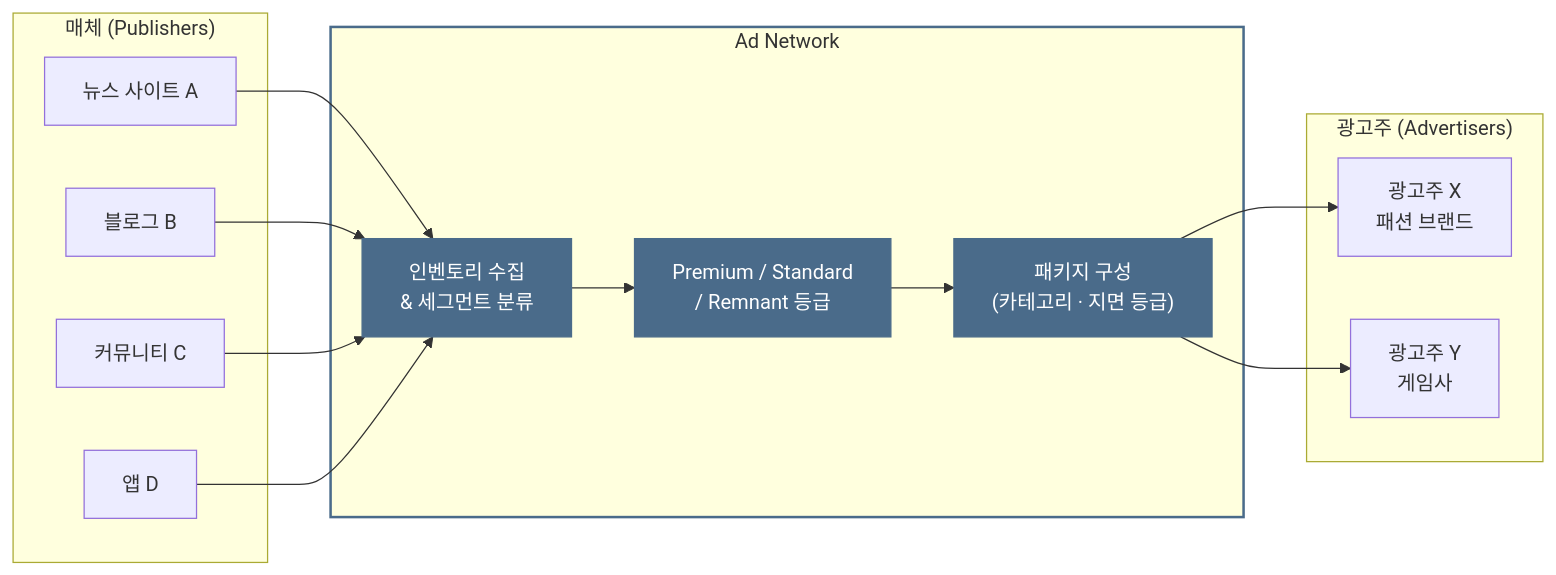
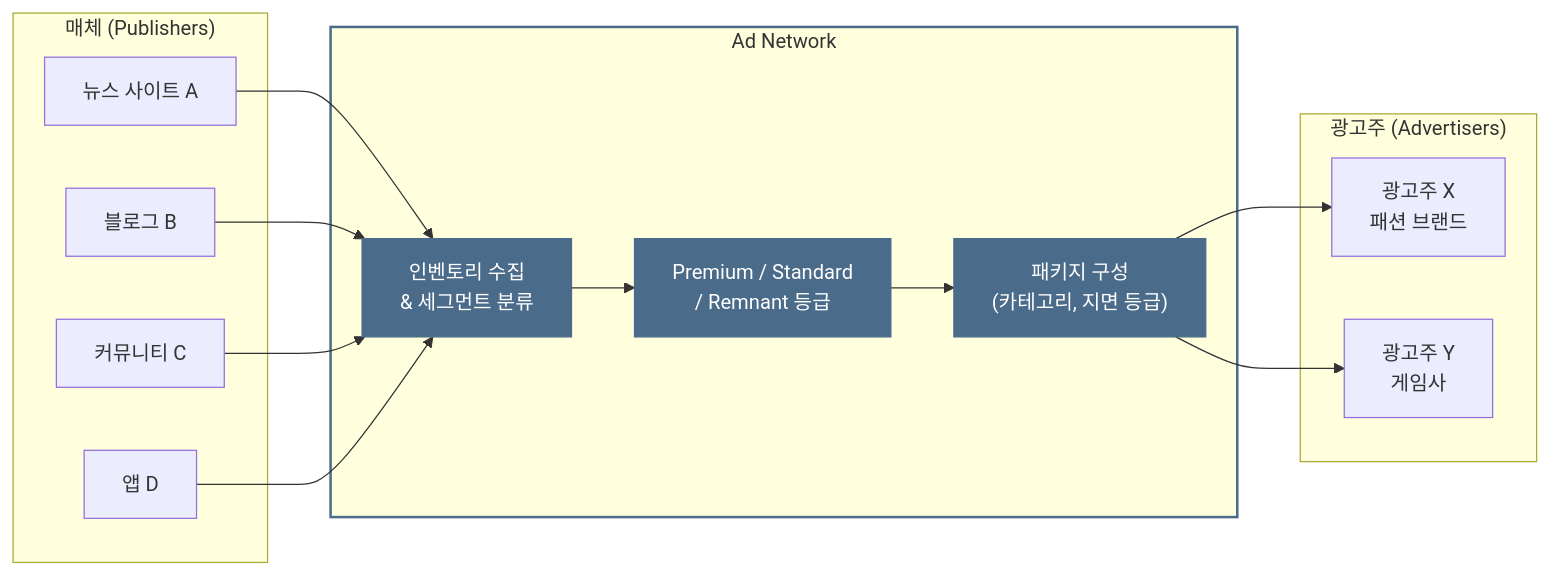
The first of 8 diagrams in posts/ad-network-vs-exchange.md (chkimsu/adtech-blog), drawn with Mermaid before and after one commit. The commit also changed other lines of this file and 25 other files, not shown here.

````diff
--- a/posts/ad-network-vs-exchange.md
+++ b/posts/ad-network-vs-exchange.md
@@ -37,34 +37,34 @@
 ```mermaid
 graph LR
     subgraph Publishers["매체 (Publishers)"]
         P1["뉴스 사이트 A"]
         P2["블로그 B"]
         P3["커뮤니티 C"]
         P4["앱 D"]
     end
 
     subgraph Network["Ad Network"]
         AGG["인벤토리 수집<br/>& 세그먼트 분류"]
         SEG["Premium / Standard<br/>/ Remnant 등급"]
-        PKG["패키지 구성<br/>(카테고리 · 지면 등급)"]
+        PKG["패키지 구성<br/>(카테고리, 지면 등급)"]
     end
 
     subgraph Advertisers["광고주 (Advertisers)"]
         A1["광고주 X<br/>패션 브랜드"]
         A2["광고주 Y<br/>게임사"]
     end
 
     P1 --> AGG
     P2 --> AGG
     P3 --> AGG
     P4 --> AGG
     AGG --> SEG
     SEG --> PKG
     PKG --> A1
     PKG --> A2
 
     style Network stroke:#4a6b8a,stroke-width:2px
     style AGG fill:#4a6b8a,stroke:#4a6b8a,color:#fff
     style SEG fill:#4a6b8a,stroke:#4a6b8a,color:#fff
     style PKG fill:#4a6b8a,stroke:#4a6b8a,color:#fff
 ```
````
